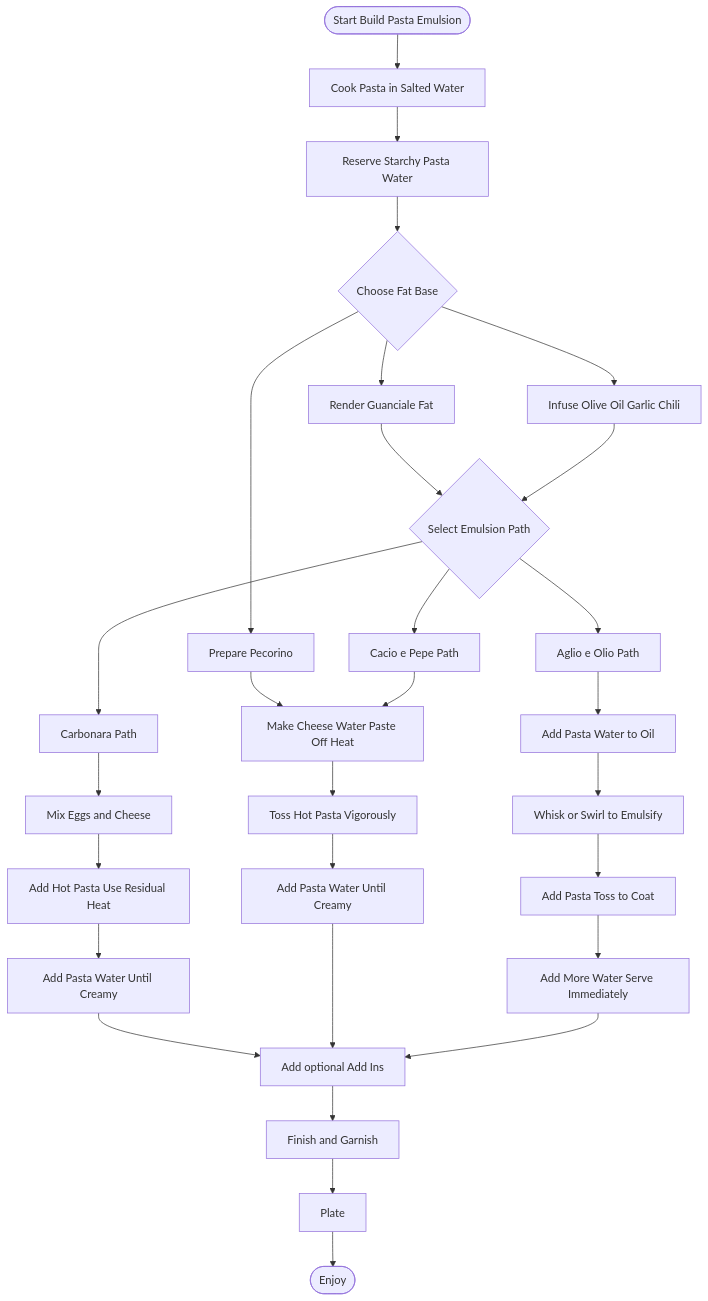
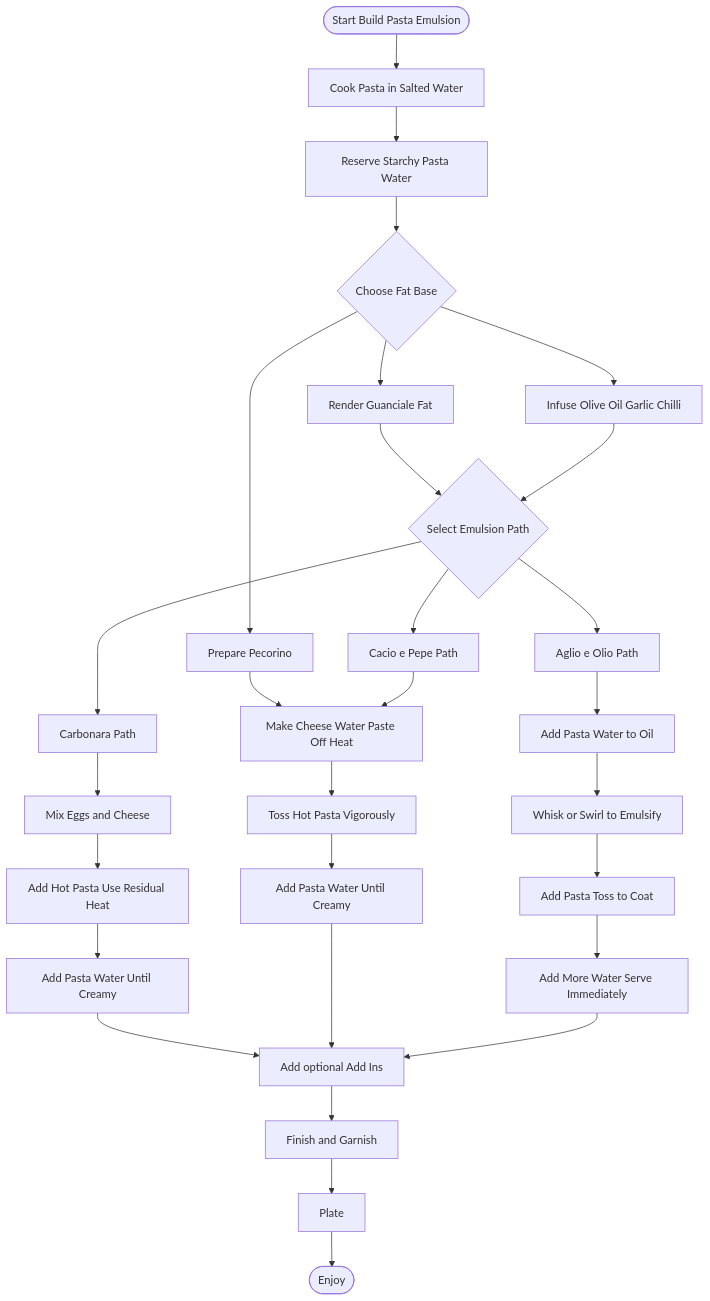
One commit to miromissotten/cookbook changed the diagram in data_modularflavour/text/_3.3.0. Italian Emulsion Flowchart.md. Above: the diagram before and after it, drawn with Mermaid. The commit also changed 84 other files, not shown here.

````diff
--- a/data_modularflavour/text/_3.3.0. Italian Emulsion Flowchart.md
+++ b/data_modularflavour/text/_3.3.0. Italian Emulsion Flowchart.md
@@ -3,45 +3,45 @@
 ```mermaid
 
 flowchart TD
     Start([Start Build Pasta Emulsion])
 
     Start --> CookPasta[Cook Pasta in Salted Water]
     CookPasta --> ReserveWater[Reserve Starchy Pasta Water]
 
     ReserveWater --> PrepAromatics{Choose Fat Base}
 
     PrepAromatics --> Guanciale[Render Guanciale Fat]
-    PrepAromatics --> OliveOil[Infuse Olive Oil Garlic Chili]
+    PrepAromatics --> OliveOil[Infuse Olive Oil Garlic Chilli]
     PrepAromatics --> CheeseFat[Prepare Pecorino]
 
     Guanciale --> ChoosePath
     OliveOil --> ChoosePath{Select Emulsion Path}
     CheeseFat --> CacioPaste[Make Cheese Water Paste Off Heat]
 
     ChoosePath --> Carbonara[Carbonara Path]
     ChoosePath --> CacioChoice[Cacio e Pepe Path]
     ChoosePath --> AglioOlio[Aglio e Olio Path]
 
     Carbonara --> MixEggs[Mix Eggs and Cheese]
     MixEggs --> Temper[Add Hot Pasta Use Residual Heat]
     Temper --> AdjustCarbonara[Add Pasta Water Until Creamy]
     AdjustCarbonara --> AddIns[Add optional Add Ins]
 
     CacioChoice --> CacioPaste
     CacioPaste --> TossCheese[Toss Hot Pasta Vigorously]
     TossCheese --> AdjustCacio[Add Pasta Water Until Creamy]
     AdjustCacio --> AddIns
 
     AglioOlio --> AddWater[Add Pasta Water to Oil]
     AddWater --> Agitate[Whisk or Swirl to Emulsify]
     Agitate --> CombinePasta[Add Pasta Toss to Coat]
     CombinePasta --> AdjustAglio[Add More Water Serve Immediately]
     AdjustAglio --> AddIns
 
     AddIns --> Garnish[Finish and Garnish]
 
     Garnish --> Plate
 
     Plate --> End([Enjoy])
 
 ```
````
